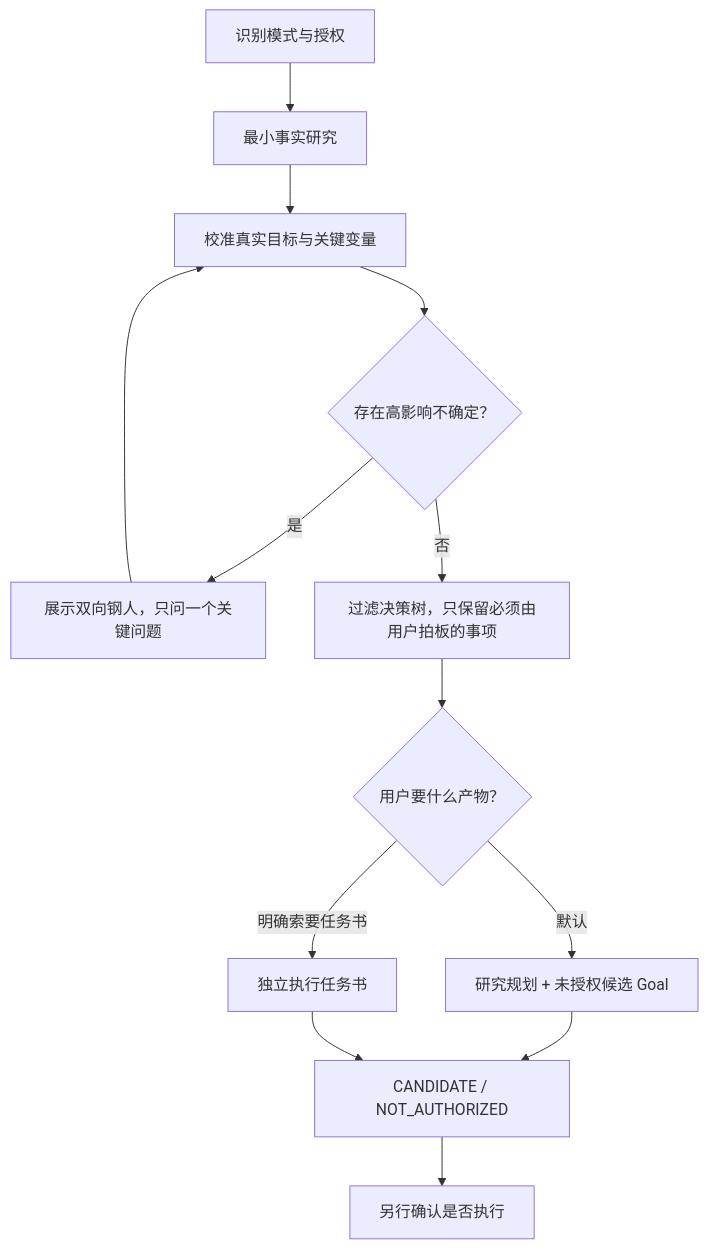
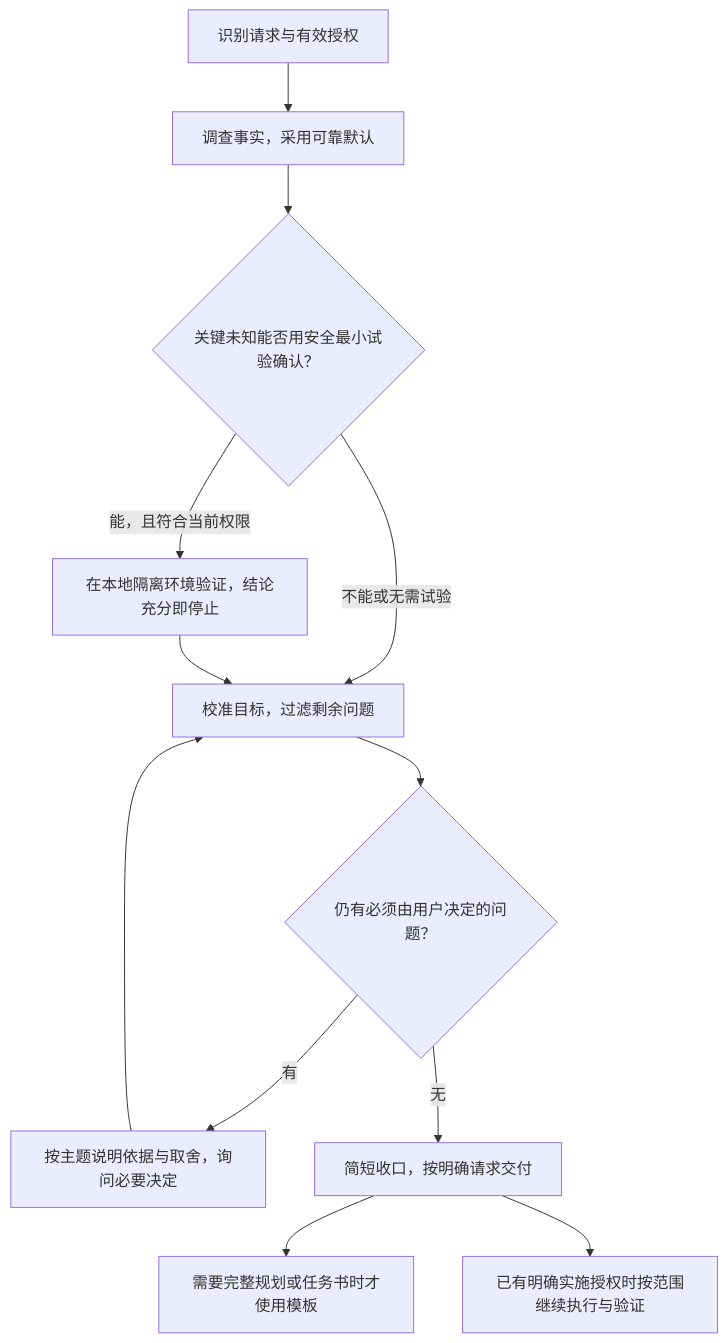
The diagram in README.md (nate2022-ai/nate-ai-skills), drawn with Mermaid before and after one commit. The commit also changed other lines of this file and 8 other files, not shown here.

````diff
--- a/README.md
+++ b/README.md
@@ -32,15 +19,14 @@
 ```mermaid
 flowchart TD
-    A["识别模式与授权"] --> B["最小事实研究"]
-    B --> C["校准真实目标与关键变量"]
-    C --> D{"存在高影响不确定？"}
-    D -- "是" --> E["展示双向钢人，只问一个关键问题"]
-    E --> C
-    D -- "否" --> F["过滤决策树，只保留必须由用户拍板的事项"]
-    F --> G{"用户要什么产物？"}
-    G -- "默认" --> H["研究规划 + 未授权候选 Goal"]
-    G -- "明确索要任务书" --> I["独立执行任务书"]
-    H --> J["CANDIDATE / NOT_AUTHORIZED"]
-    I --> J
-    J --> K["另行确认是否执行"]
+    A["识别请求与有效授权"] --> B["调查事实，采用可靠默认"]
+    B --> C{"关键未知能否用安全最小试验确认？"}
+    C -- "能，且符合当前权限" --> D["在本地隔离环境验证，结论充分即停止"]
+    C -- "不能或无需试验" --> E["校准目标，过滤剩余问题"]
+    D --> E
+    E --> F{"仍有必须由用户决定的问题？"}
+    F -- "有" --> G["按主题说明依据与取舍，询问必要决定"]
+    G --> E
+    F -- "无" --> H["简短收口，按明确请求交付"]
+    H --> I["需要完整规划或任务书时才使用模板"]
+    H --> J["已有明确实施授权时按范围继续执行与验证"]
 ```
````
